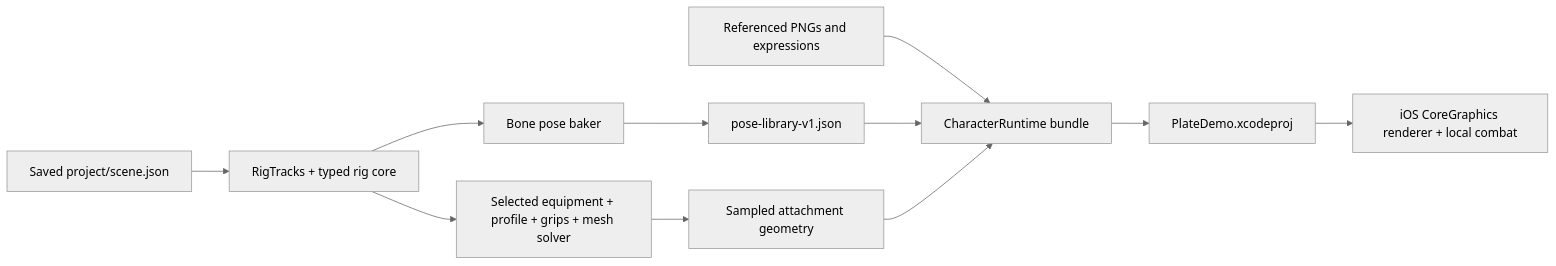
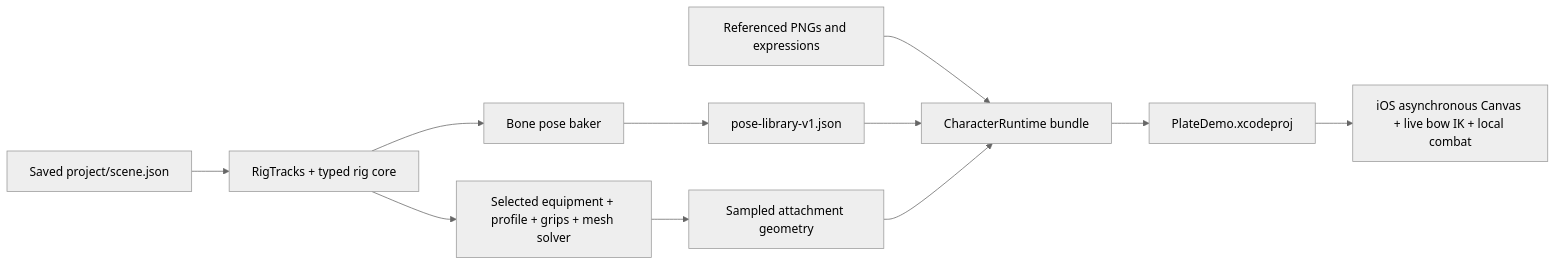
One commit to nickick/modular-character-studio changed the diagram in examples/ios/BAKING.md. Above: the diagram before and after it, drawn with Mermaid (neutral theme). The commit also changed other lines of this file and 17 other files, not shown here.

````diff
--- a/examples/ios/BAKING.md
+++ b/examples/ios/BAKING.md
@@ -9,13 +9,13 @@
 ```mermaid
 flowchart LR
   A[Saved project/scene.json] --> B[RigTracks + typed rig core]
   B --> C[Bone pose baker]
   C --> D[pose-library-v1.json]
   B --> E[Selected equipment + profile + grips + mesh solver]
   E --> F[Sampled attachment geometry]
   G[Referenced PNGs and expressions] --> H[CharacterRuntime bundle]
   D --> H
   F --> H
   H --> I[PlateDemo.xcodeproj]
-  I --> J[iOS CoreGraphics renderer + local combat]
+  I --> J[iOS asynchronous Canvas + live bow IK + local combat]
 ```
````
